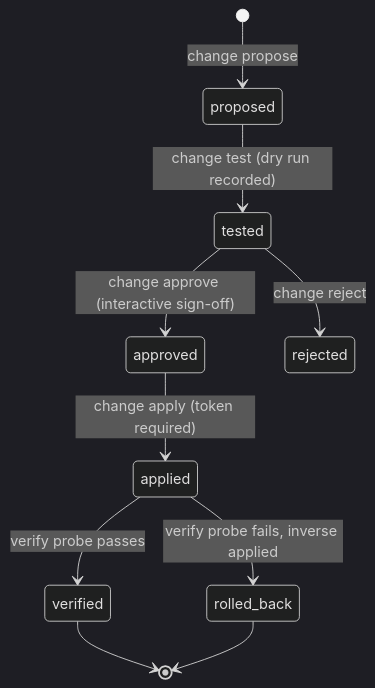
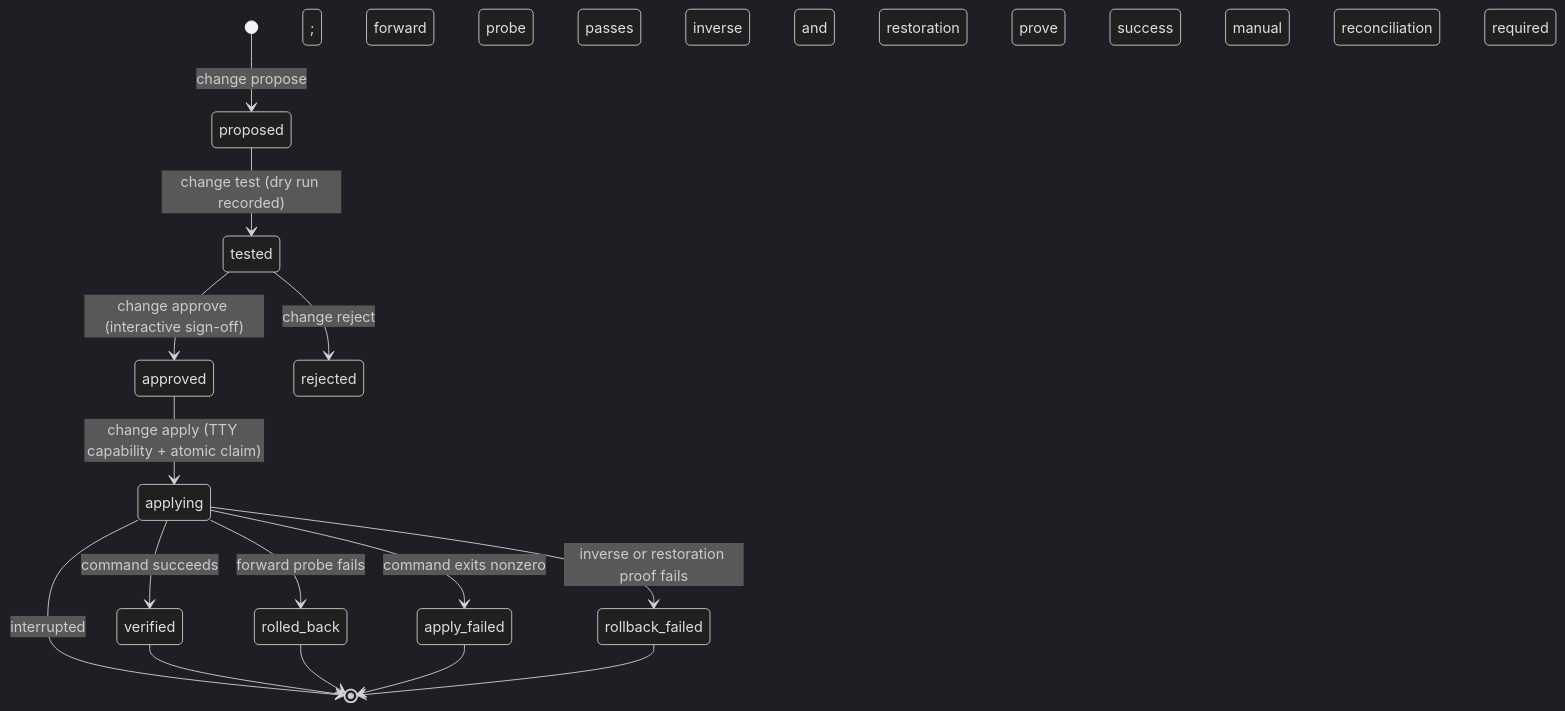
One commit to kgsmith19/hyperbolic-core changed the diagram in docs/planning/05-f-network-checker.md. Above: the diagram before and after it, drawn with Mermaid (dark theme). The commit also changed other lines of this file and 2 other files, not shown here.

````diff
--- a/docs/planning/05-f-network-checker.md
+++ b/docs/planning/05-f-network-checker.md
@@ -124,12 +128,17 @@
 ```mermaid
 stateDiagram-v2
     [*] --> proposed : change propose
     proposed --> tested : change test (dry run recorded)
     tested --> approved : change approve (interactive sign-off)
     tested --> rejected : change reject
-    approved --> applied : change apply (token required)
-    applied --> verified : verify probe passes
-    applied --> rolled_back : verify probe fails, inverse applied
+    approved --> applying : change apply (TTY capability + atomic claim)
+    applying --> verified : command succeeds; forward probe passes
+    applying --> apply_failed : command exits nonzero
+    applying --> rolled_back : forward probe fails; inverse and restoration prove success
+    applying --> rollback_failed : inverse or restoration proof fails
+    applying --> [*] : interrupted; manual reconciliation required
     verified --> [*]
     rolled_back --> [*]
+    apply_failed --> [*]
+    rollback_failed --> [*]
 ```
````
